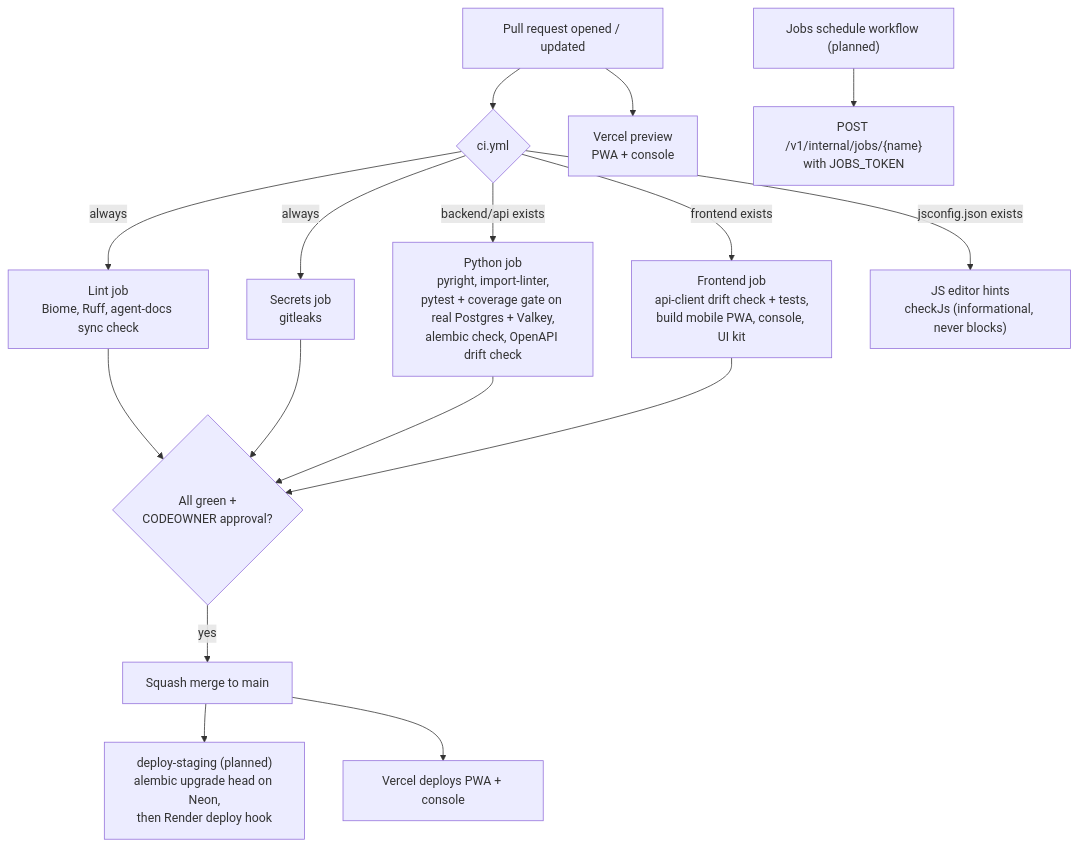
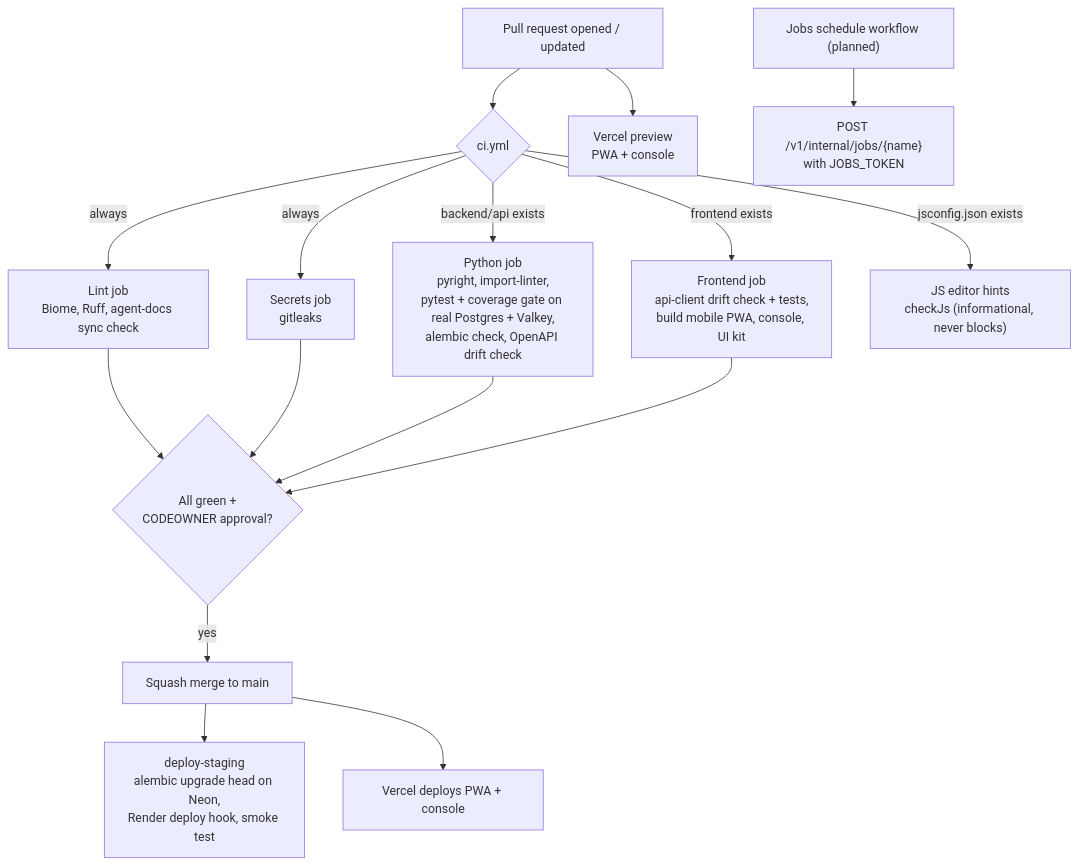
One commit to prelekar7/GharBasket changed the second of 3 diagrams in docs/handbook/11-engineering-process.md. Above: the diagram before and after it, drawn with Mermaid. The commit also changed other lines of this file and 13 other files, not shown here.

First line of the commit message:
chore(platform): deploy staging to Render after CI, with migrations and a smoke test

````diff
--- a/docs/handbook/11-engineering-process.md
+++ b/docs/handbook/11-engineering-process.md
@@ -112,18 +112,18 @@
 ```mermaid
 flowchart TD
     PR["Pull request opened / updated"] --> CI{"ci.yml"}
     CI -->|always| LINT["Lint job<br/>Biome, Ruff, agent-docs sync check"]
     CI -->|always| SEC["Secrets job<br/>gitleaks"]
     CI -->|"backend/api exists"| PY["Python job<br/>pyright, import-linter,<br/>pytest + coverage gate on real Postgres + Valkey,<br/>alembic check, OpenAPI drift check"]
     CI -->|"frontend exists"| FE["Frontend job<br/>api-client drift check + tests,<br/>build mobile PWA, console, UI kit"]
     CI -->|"jsconfig.json exists"| HINT["JS editor hints<br/>checkJs (informational, never blocks)"]
     PR --> VP["Vercel preview<br/>PWA + console"]
     LINT --> OK{"All green +<br/>CODEOWNER approval?"}
     SEC --> OK
     PY --> OK
     FE --> OK
     OK -->|yes| MG["Squash merge to main"]
-    MG --> STG["deploy-staging (planned)<br/>alembic upgrade head on Neon,<br/>then Render deploy hook"]
+    MG --> STG["deploy-staging<br/>alembic upgrade head on Neon,<br/>Render deploy hook, smoke test"]
     MG --> VD["Vercel deploys PWA + console"]
     SCH["Jobs schedule workflow (planned)"] --> JOB["POST /v1/internal/jobs/{name}<br/>with JOBS_TOKEN"]
 ```
````
